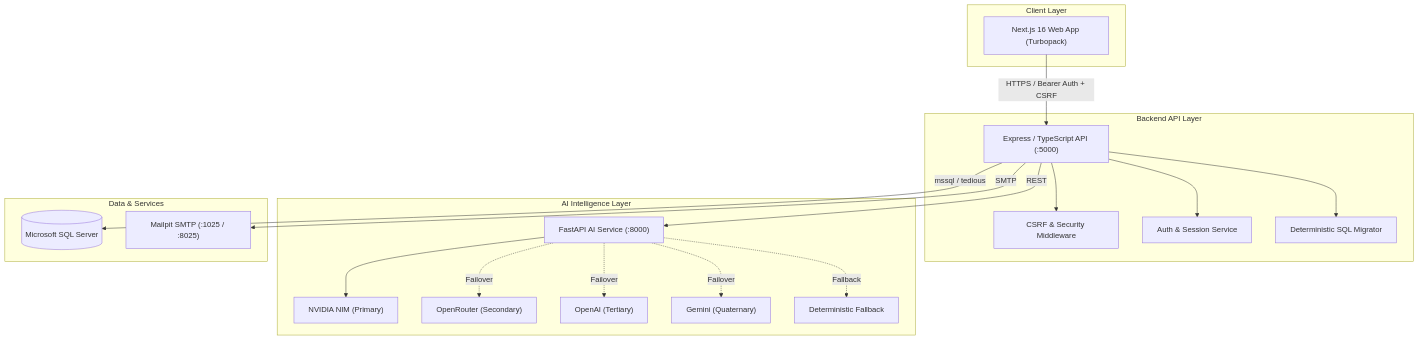
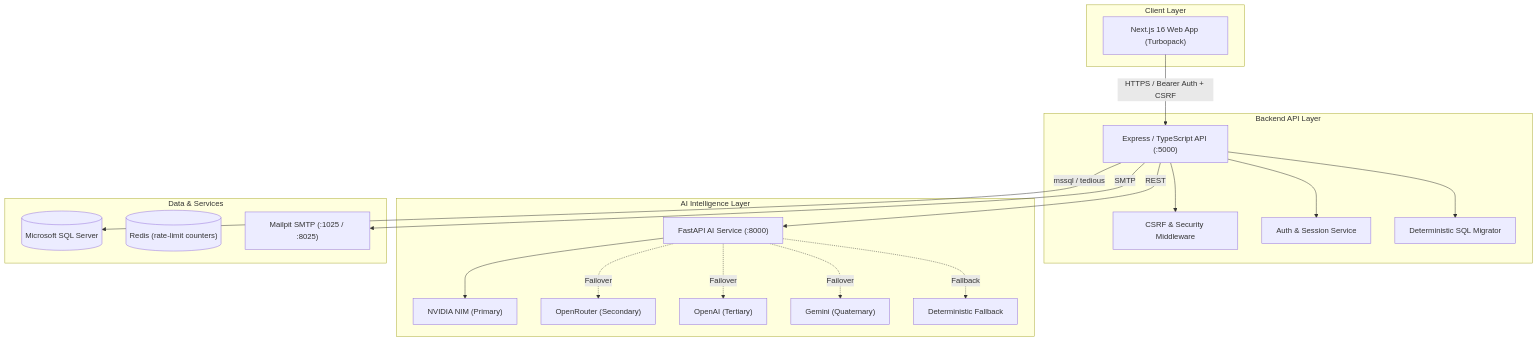
One commit to mahmmoudnasser432-ux/CodeGuard-AI changed the diagram in README.md. Above: the diagram before and after it, drawn with Mermaid. The commit also changed other lines of this file and 19 other files, not shown here.

Commit message:
Add Redis-backed distributed rate limiting

````diff
--- a/README.md
+++ b/README.md
@@ -19,41 +19,42 @@
 ```mermaid
 flowchart TD
   subgraph Client ["Client Layer"]
     Web["Next.js 16 Web App (Turbopack)"]
   end
 
   subgraph API ["Backend API Layer"]
     ExpressAPI["Express / TypeScript API (:5000)"]
     CSRF["CSRF & Security Middleware"]
     AuthService["Auth & Session Service"]
     Migrator["Deterministic SQL Migrator"]
   end
 
   subgraph AI ["AI Intelligence Layer"]
     AIService["FastAPI AI Service (:8000)"]
     NVIDIA["NVIDIA NIM (Primary)"]
     OpenRouter["OpenRouter (Secondary)"]
     OpenAI["OpenAI (Tertiary)"]
     Gemini["Gemini (Quaternary)"]
     Deterministic["Deterministic Fallback"]
   end
 
   subgraph Data ["Data & Services"]
     SQLServer[("Microsoft SQL Server")]
+    Redis[("Redis (rate-limit counters)")]
     Mailpit["Mailpit SMTP (:1025 / :8025)"]
   end
 
   Web -->|HTTPS / Bearer Auth + CSRF| ExpressAPI
   ExpressAPI --> CSRF
   ExpressAPI --> AuthService
   ExpressAPI --> Migrator
   ExpressAPI -->|REST| AIService
   ExpressAPI -->|mssql / tedious| SQLServer
   ExpressAPI -->|SMTP| Mailpit
 
   AIService --> NVIDIA
   AIService -.->|Failover| OpenRouter
   AIService -.->|Failover| OpenAI
   AIService -.->|Failover| Gemini
   AIService -.->|Fallback| Deterministic
 ```
````
